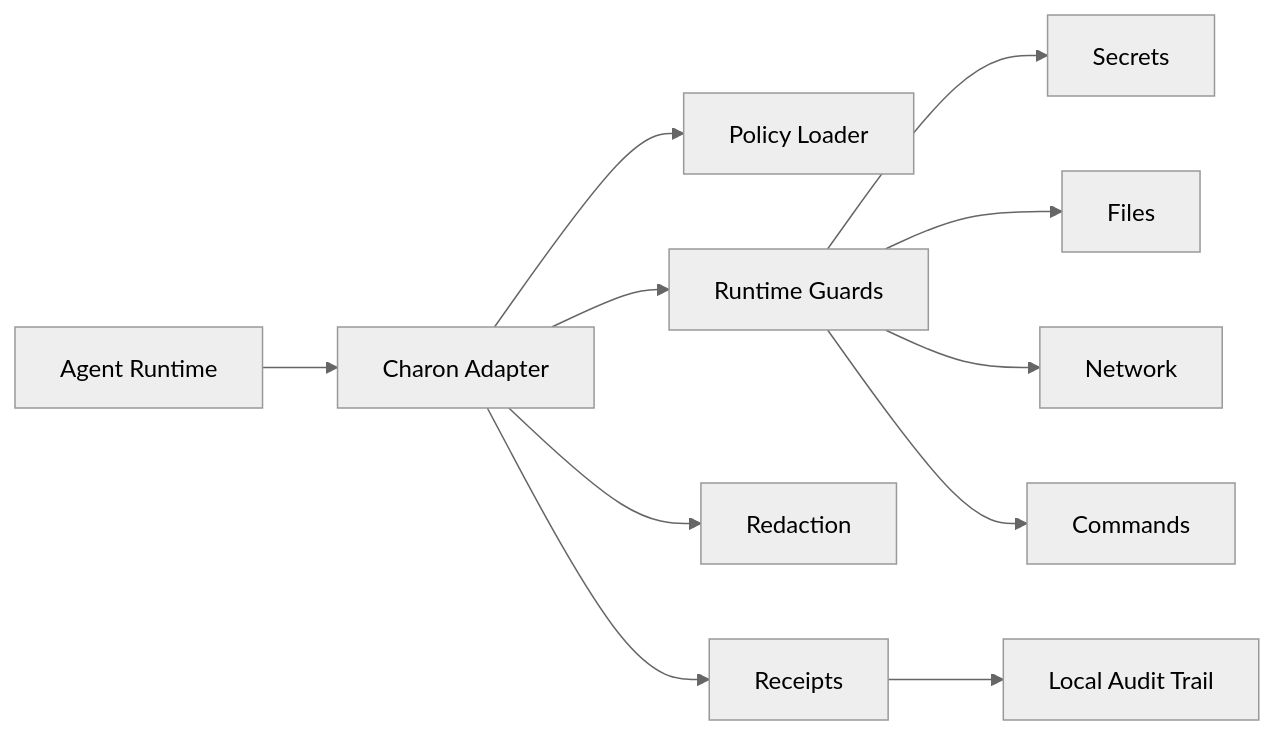
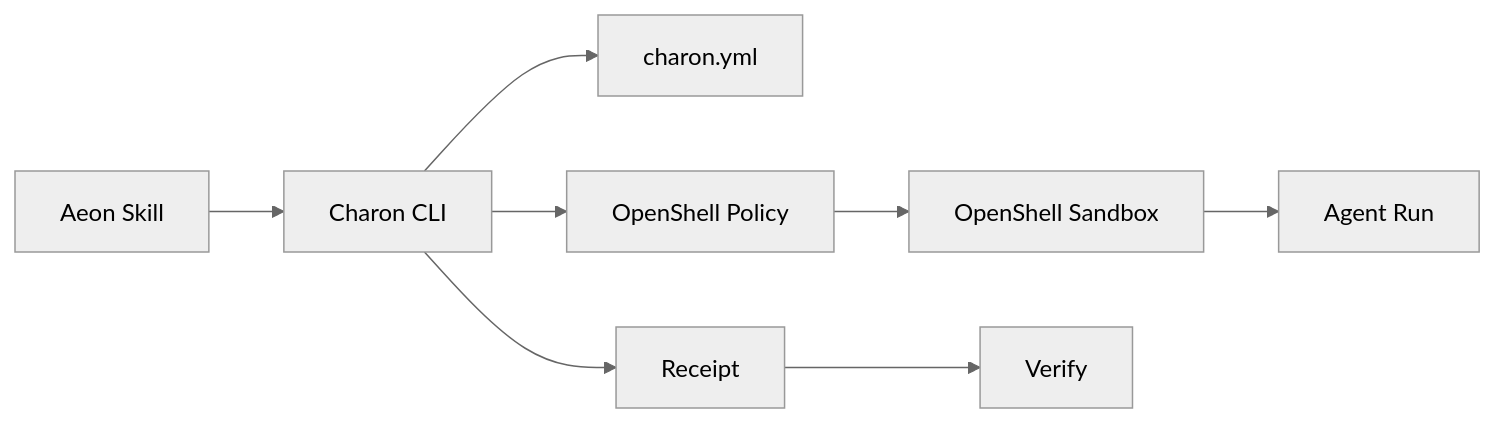
The diagram in README.md (CharonAI-code/charon), drawn with Mermaid (neutral theme) before and after one commit. The commit also changed other lines of this file and 12 other files, not shown here.

Commit message:
Ship macOS OpenShell sandbox MVP

````diff
--- a/README.md
+++ b/README.md
@@ -32,15 +22,10 @@
 ```mermaid
 flowchart LR
-  A["Agent Runtime"] --> B["Charon Adapter"]
-  B --> C["Policy Loader"]
-  B --> D["Runtime Guards"]
-  B --> E["Redaction"]
-  B --> F["Receipts"]
-
-  D --> G["Secrets"]
-  D --> H["Files"]
-  D --> I["Network"]
-  D --> J["Commands"]
-
-  F --> K["Local Audit Trail"]
+  A["Aeon Skill"] --> B["Charon CLI"]
+  B --> C["charon.yml"]
+  B --> D["OpenShell Policy"]
+  D --> E["OpenShell Sandbox"]
+  E --> F["Agent Run"]
+  B --> G["Receipt"]
+  G --> H["Verify"]
 ```
````
